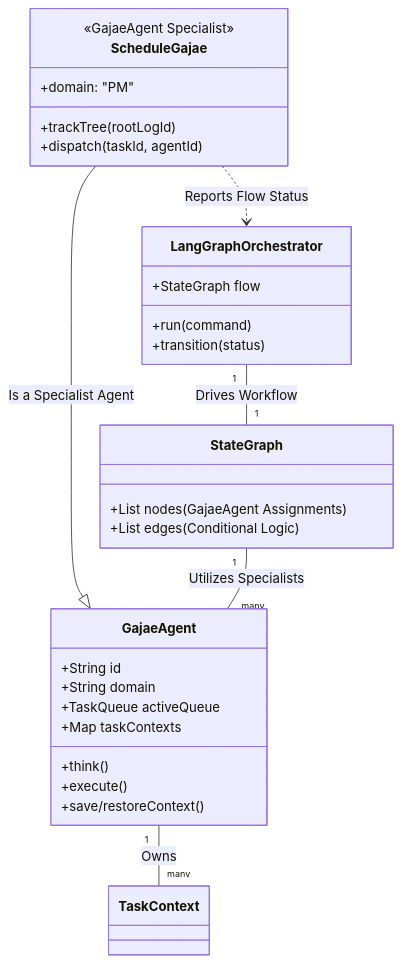
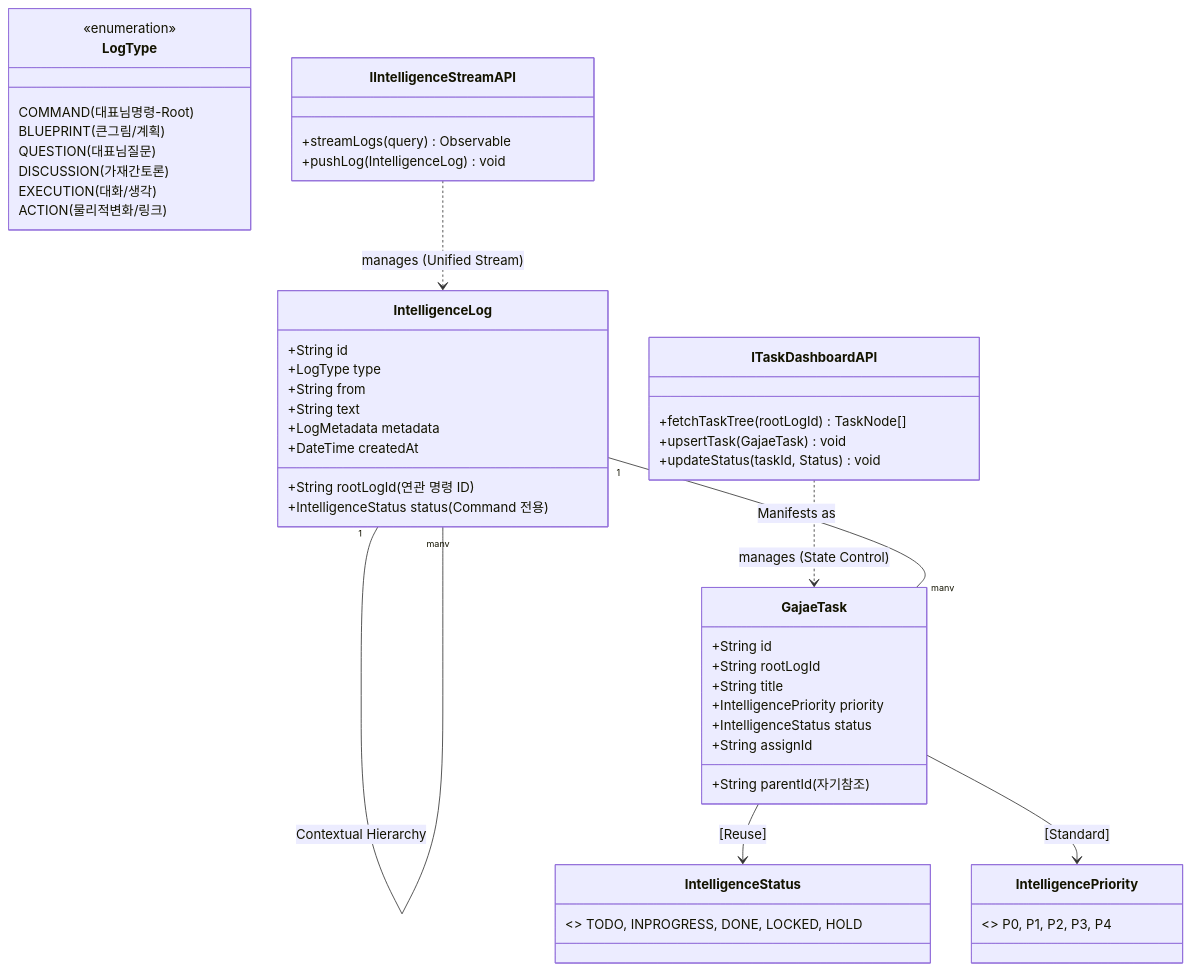
The first of 2 diagrams in docs/core/process/SYSTEM_DESIGN_V1_0.md (yuna-studio/yuna-openclaw), drawn with Mermaid before and after one commit. The commit also changed other lines of this file, not shown here.

Commit message:
docs: Rollback to Sanctuary v3.9 (Unified Log Stream)

````diff
--- a/docs/core/process/SYSTEM_DESIGN_V1_0.md
+++ b/docs/core/process/SYSTEM_DESIGN_V1_0.md
@@ -11,37 +11,54 @@
 ```mermaid
 classDiagram
-    class GajaeAgent {
-        +String id
-        +String domain
-        +TaskQueue activeQueue
-        +Map taskContexts
-        +think()
-        +execute()
-        +save/restoreContext()
+    class IntelligenceStatus { <<enumeration>> TODO, INPROGRESS, DONE, LOCKED, HOLD }
+    class IntelligencePriority { <<enumeration>> P0, P1, P2, P3, P4 }
+    class LogType { 
+        <<enumeration>> 
+        COMMAND (대표님명령-Root)
+        BLUEPRINT (큰그림/계획)
+        QUESTION (대표님질문)
+        DISCUSSION (가재간토론)
+        EXECUTION (대화/생각)
+        ACTION (물리적변화/링크)
     }
 
-    class ScheduleGajae {
-        <<GajaeAgent Specialist>>
-        +domain: "PM"
-        +trackTree(rootLogId)
-        +dispatch(taskId, agentId)
+    class IIntelligenceStreamAPI {
+        +streamLogs(query) Observable
+        +pushLog(IntelligenceLog) void
     }
 
-    class LangGraphOrchestrator {
-        +StateGraph flow
-        +run(command)
-        +transition(status)
+    class ITaskDashboardAPI {
+        +fetchTaskTree(rootLogId) TaskNode[]
+        +upsertTask(GajaeTask) void
+        +updateStatus(taskId, Status) void
     }
 
-    class StateGraph {
-        +List nodes (GajaeAgent Assignments)
-        +List edges (Conditional Logic)
+    class IntelligenceLog {
+        +String id
+        +LogType type
+        +String rootLogId (연관 명령 ID)
+        +String from
+        +String text
+        +IntelligenceStatus status (Command 전용)
+        +LogMetadata metadata
+        +DateTime createdAt
     }
 
-    %% Inheritance & Orchestration
-    ScheduleGajae --|> GajaeAgent : Is a Specialist Agent
-    LangGraphOrchestrator "1" -- "1" StateGraph : Drives Workflow
-    StateGraph "1" -- "many" GajaeAgent : Utilizes Specialists
-    ScheduleGajae ..> LangGraphOrchestrator : Reports Flow Status
-    GajaeAgent "1" -- "many" TaskContext : Owns
+    class GajaeTask {
+        +String id
+        +String rootLogId
+        +String parentId (자기참조)
+        +String title
+        +IntelligencePriority priority
+        +IntelligenceStatus status
+        +String assignId
+    }
+
+    %% Unified Abstraction Relationships
+    IIntelligenceStreamAPI ..> IntelligenceLog : manages (Unified Stream)
+    ITaskDashboardAPI ..> GajaeTask : manages (State Control)
+    IntelligenceLog "1" -- "many" IntelligenceLog : Contextual Hierarchy
+    IntelligenceLog "1" -- "many" GajaeTask : Manifests as
+    GajaeTask --> IntelligenceStatus : [Reuse]
+    GajaeTask --> IntelligencePriority : [Standard]
 ```
````
